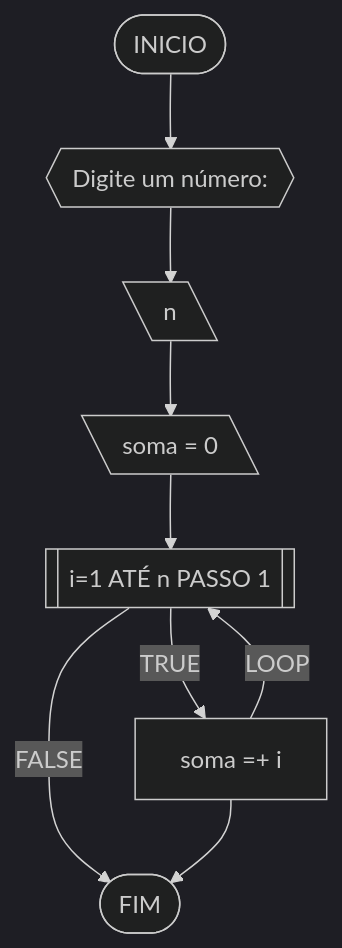
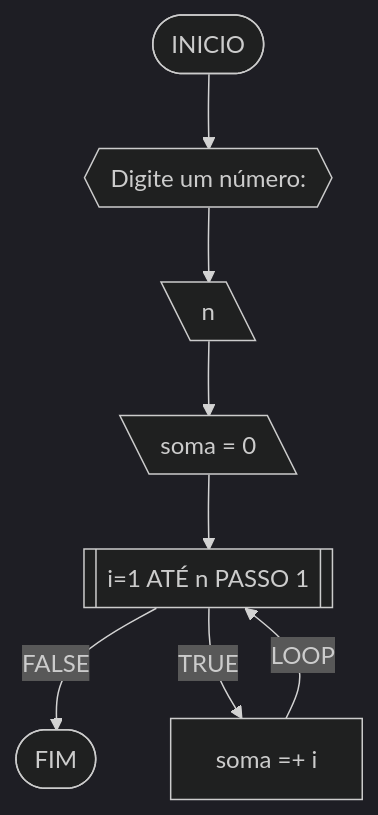
The second of 6 diagrams in RLA/unidade1/lista3.md (dionysuspsn/unifor-1), drawn with Mermaid (dark theme) before and after one commit. The commit also changed other lines of this file, not shown here.

````diff
--- a/RLA/unidade1/lista3.md
+++ b/RLA/unidade1/lista3.md
@@ -56,11 +55,10 @@
 ```mermaid
 flowchart TD
 A([INICIO]) --> B{{Digite um número: }}
 B --> C[\n\]
 C --> D[\soma = 0\]
 D --> E[[i=1 ATÉ n PASSO 1]]
+E --FALSE--> G([FIM])
 E --TRUE--> F[soma =+ i]
-E --FALSE--> G([FIM])
-F --> G
 F --LOOP--> E
 ```
````
